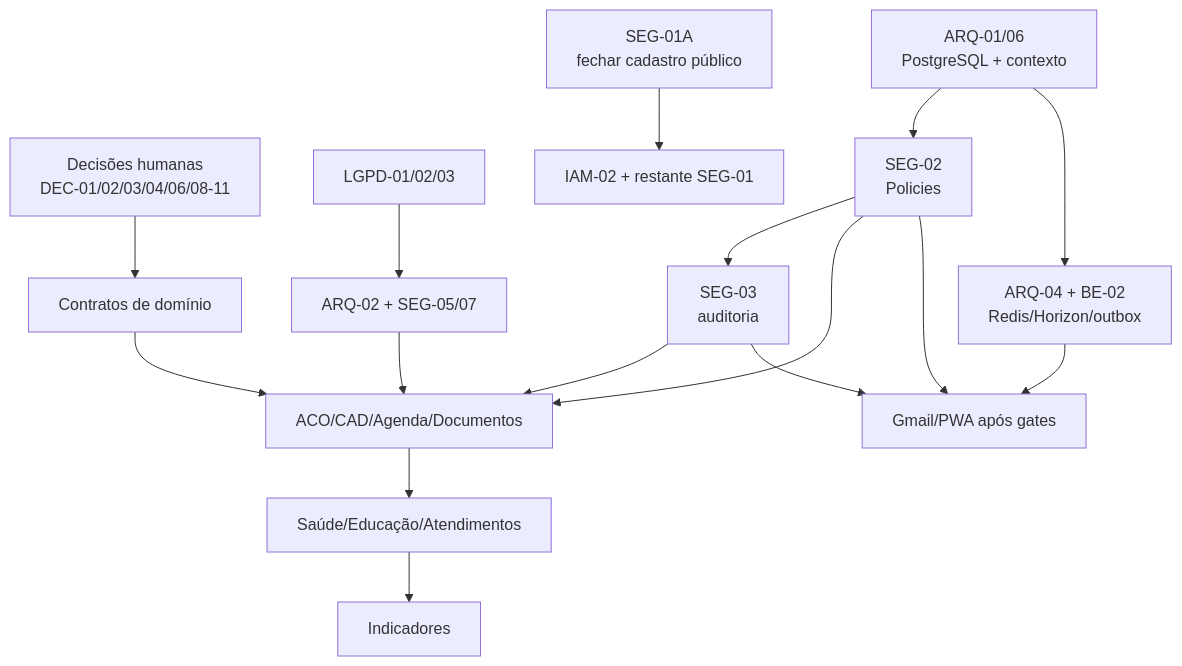
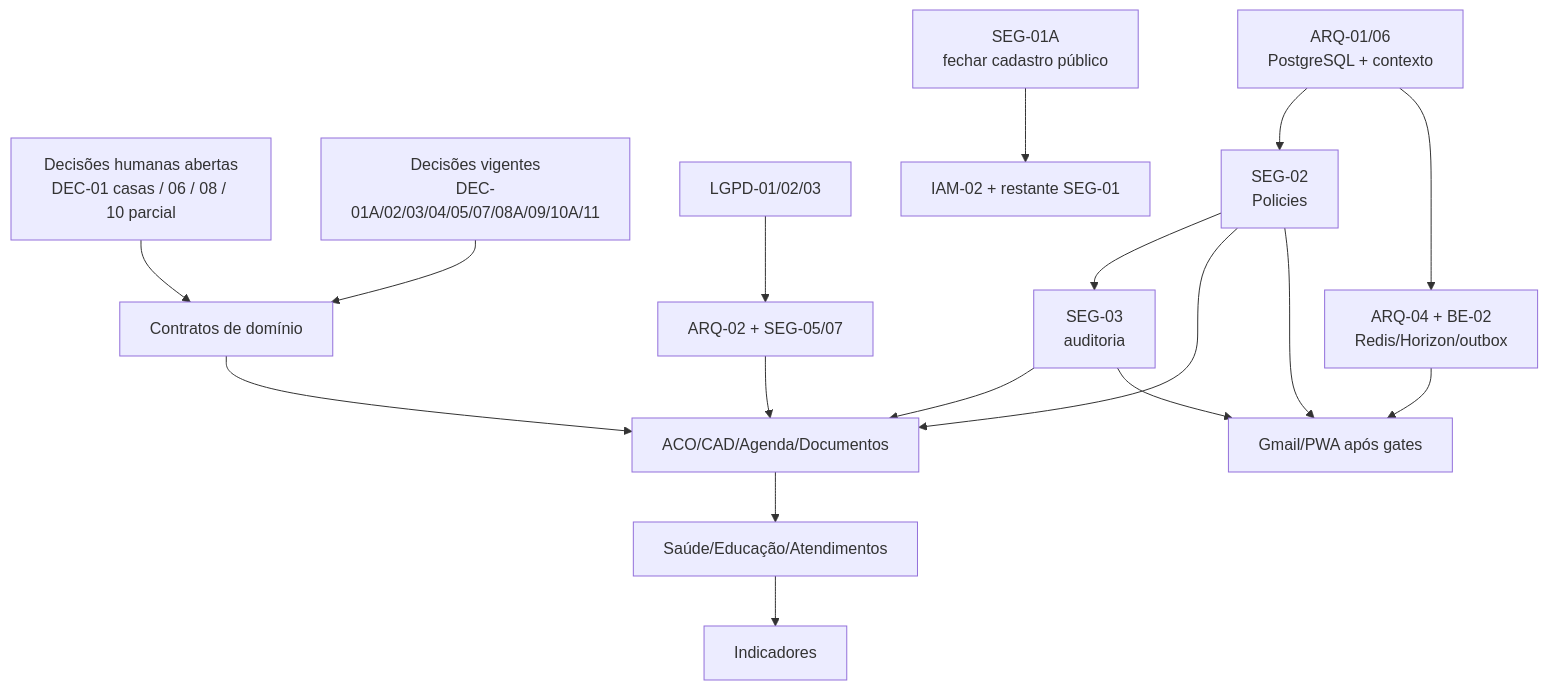
The second of 2 diagrams in docs/architecture/project-blueprint.md (TommDaniel/centro_acolhimento), drawn with Mermaid before and after one commit. The commit also changed other lines of this file and 40 other files, not shown here.

````diff
--- a/docs/architecture/project-blueprint.md
+++ b/docs/architecture/project-blueprint.md
@@ -78,18 +80,19 @@
 ```mermaid
 flowchart TD
-    D["Decisões humanas\nDEC-01/02/03/04/06/08-11"] --> DOMAIN["Contratos de domínio"]
+    D["Decisões humanas abertas\nDEC-01 casas / 06 / 08 / 10 parcial"] --> DOMAIN["Contratos de domínio"]
+    C["Decisões vigentes\nDEC-01A/02/03/04/05/07/08A/09/10A/11"] --> DOMAIN
     LGPD["LGPD-01/02/03"] --> STORAGE["ARQ-02 + SEG-05/07"]
     REG["SEG-01A\nfechar cadastro público"] --> IAM["IAM-02 + restante SEG-01"]
     PG["ARQ-01/06\nPostgreSQL + contexto"] --> POLICY["SEG-02\nPolicies"]
     POLICY --> AUDIT["SEG-03\nauditoria"]
     PG --> QUEUE["ARQ-04 + BE-02\nRedis/Horizon/outbox"]
     DOMAIN --> CORE["ACO/CAD/Agenda/Documentos"]
     POLICY --> CORE
     AUDIT --> CORE
     STORAGE --> CORE
     CORE --> CARE["Saúde/Educação/Atendimentos"]
     CARE --> BI["Indicadores"]
     QUEUE --> GMAIL["Gmail/PWA após gates"]
     POLICY --> GMAIL
     AUDIT --> GMAIL
 ```
````
